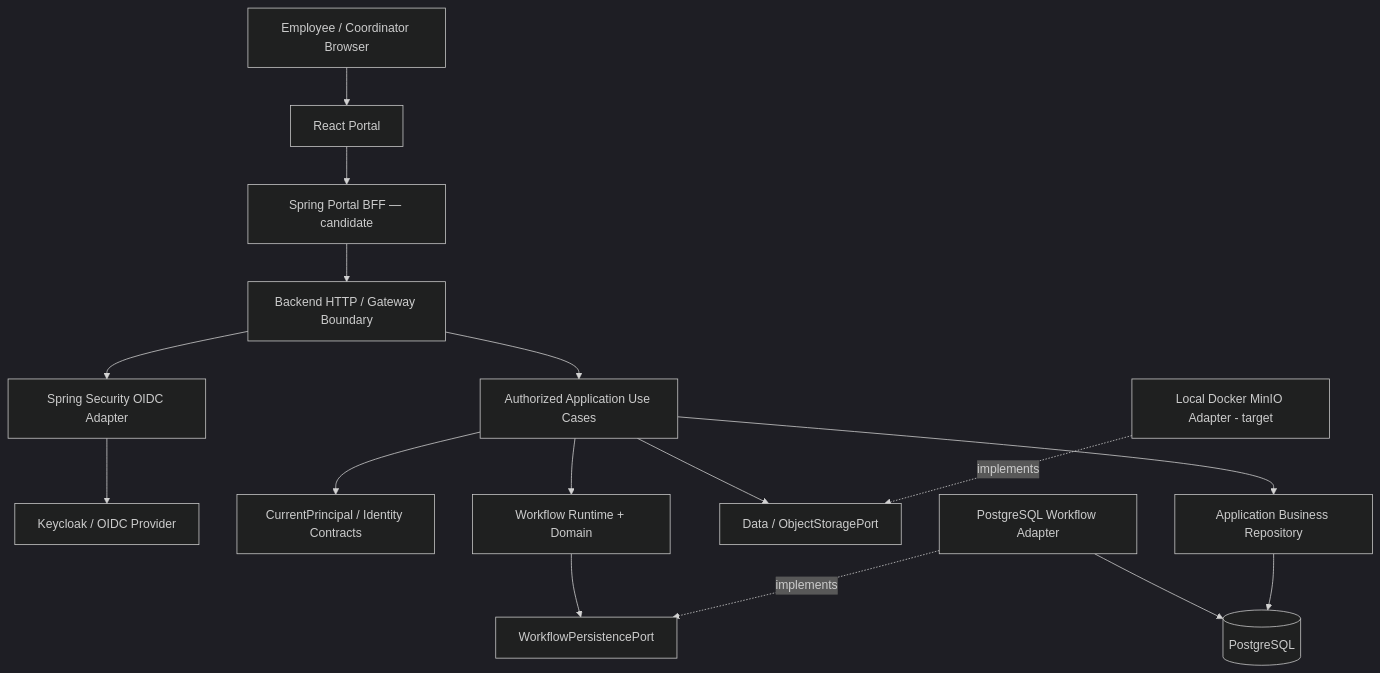
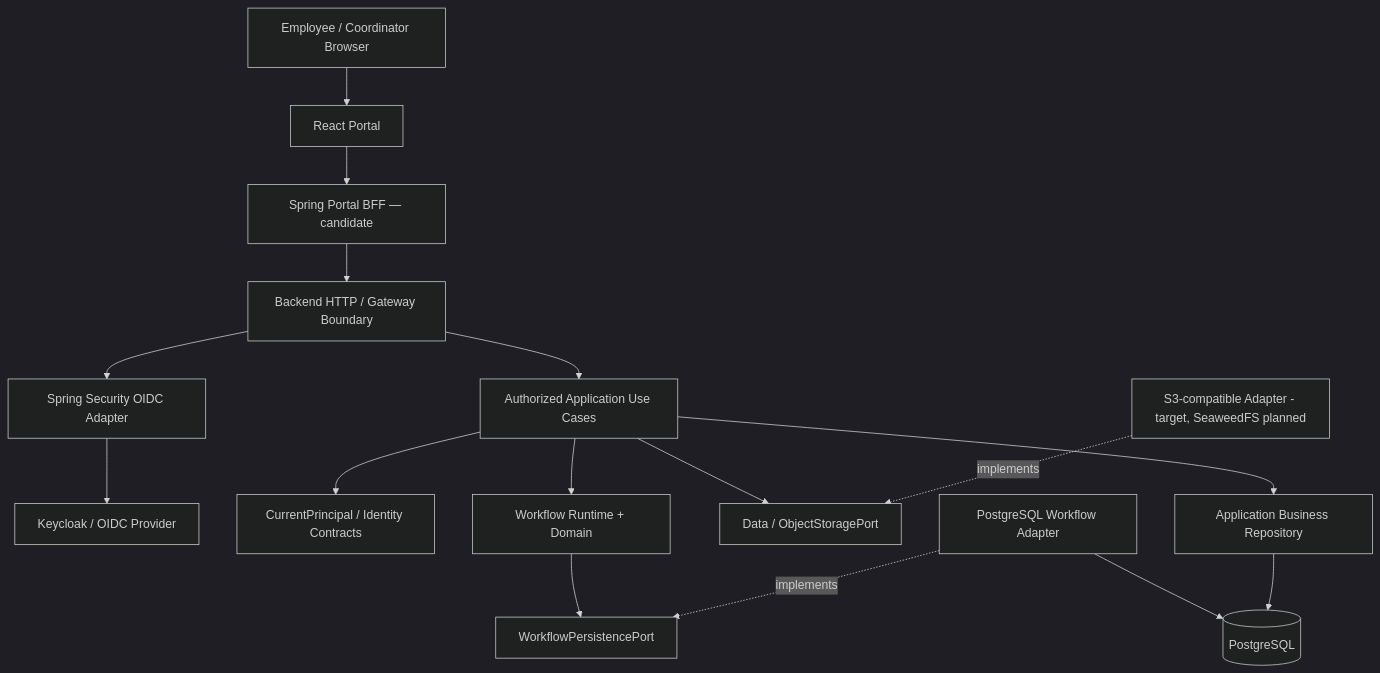
The first of 3 diagrams in docs/01-architecture/system-architecture.md (lexuanbao258-collab/opentrix-contributors-test), drawn with Mermaid (dark theme) before and after one commit. The commit also changed other lines of this file and 35 other files, not shown here.

````diff
--- a/docs/01-architecture/system-architecture.md
+++ b/docs/01-architecture/system-architecture.md
@@ -177,18 +177,18 @@
 ```mermaid
 flowchart TD
   Browser[Employee / Coordinator Browser] --> Portal[React Portal]
   Portal --> BFF[Spring Portal BFF — candidate]
   BFF --> Entry[Backend HTTP / Gateway Boundary]
   Entry --> AuthN[Spring Security OIDC Adapter]
   AuthN --> IdP[Keycloak / OIDC Provider]
   Entry --> UC[Authorized Application Use Cases]
   UC --> IdPort[CurrentPrincipal / Identity Contracts]
   UC --> WF[Workflow Runtime + Domain]
   UC --> Storage[Data / ObjectStoragePort]
   UC --> BizRepo[Application Business Repository]
   WF --> WPort[WorkflowPersistencePort]
   PgWF[PostgreSQL Workflow Adapter] -. implements .-> WPort
   PgWF --> Postgres[(PostgreSQL)]
   BizRepo --> Postgres
-  MinIO[Local Docker MinIO Adapter - target] -. implements .-> Storage
+  ObjStore[S3-compatible Adapter - target, SeaweedFS planned] -. implements .-> Storage
 ```
````
